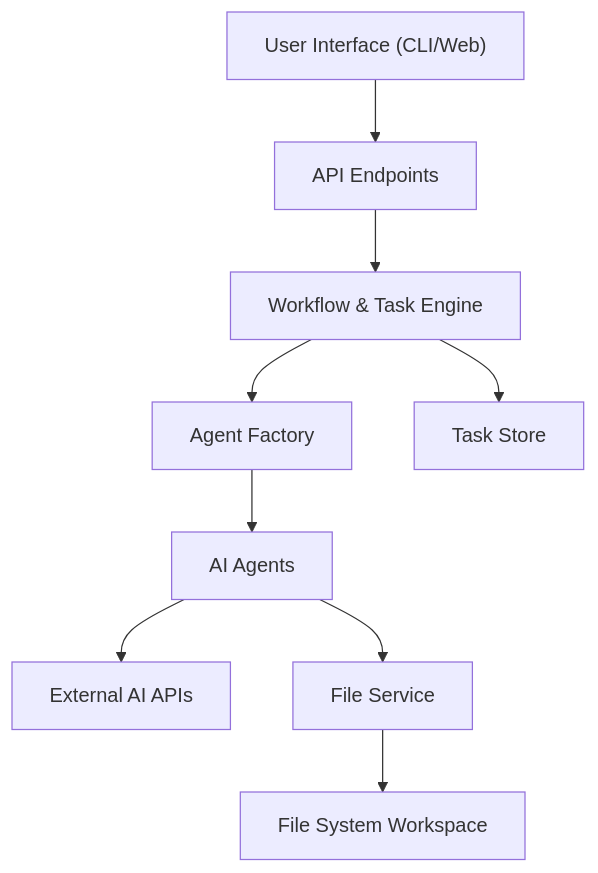
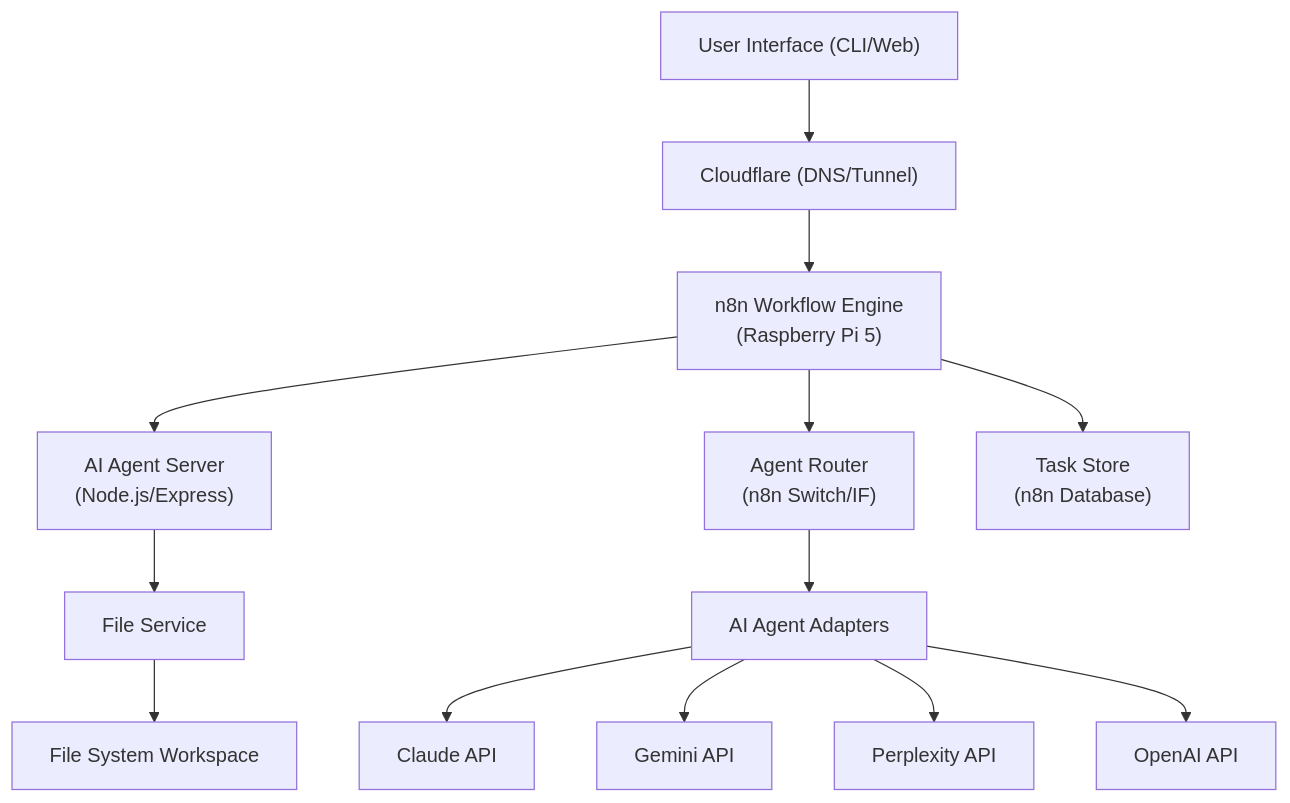
Before and after one commit to hnabyz-bot/mcp-agent-server: the first of 2 diagrams in ARCHITECTURE.md, drawn with Mermaid. The commit also changed other lines of this file and 3 other files, not shown here.

First line of the commit message:
문서 업데이트: n8n + Cloudflare + Raspberry Pi 5 아키텍처로 전면 재설계

````diff
--- a/ARCHITECTURE.md
+++ b/ARCHITECTURE.md
@@ -3,11 +6,15 @@
 ```mermaid
 graph TD
-    A["User Interface (CLI/Web)"] --> B["API Endpoints"];
-    B --> C["Workflow & Task Engine"];
-    C --> D["Agent Factory"];
-    C --> E["Task Store"];
-    D --> F["AI Agents"];
-    F --> G["External AI APIs"];
-    F --> H["File Service"];
+    A["User Interface (CLI/Web)"] --> B["Cloudflare (DNS/Tunnel)"];
+    B --> C["n8n Workflow Engine<br/>(Raspberry Pi 5)"];
+    C --> D["AI Agent Server<br/>(Node.js/Express)"];
+    C --> E["Agent Router<br/>(n8n Switch/IF)"];
+    E --> F["AI Agent Adapters"];
+    F --> G1["Claude API"];
+    F --> G2["Gemini API"];
+    F --> G3["Perplexity API"];
+    F --> G4["OpenAI API"];
+    D --> H["File Service"];
     H --> I["File System Workspace"];
+    C --> J["Task Store<br/>(n8n Database)"];
 ```
````
